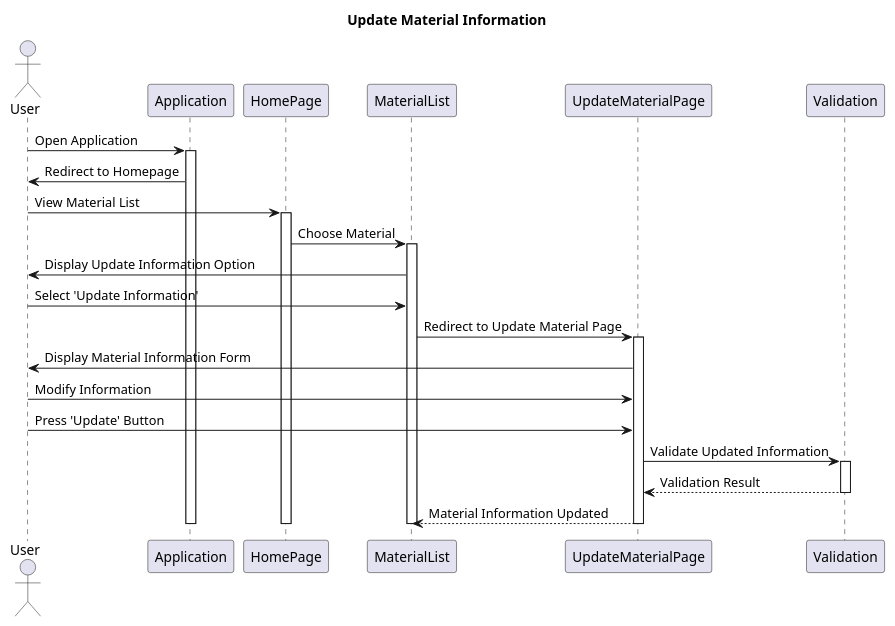
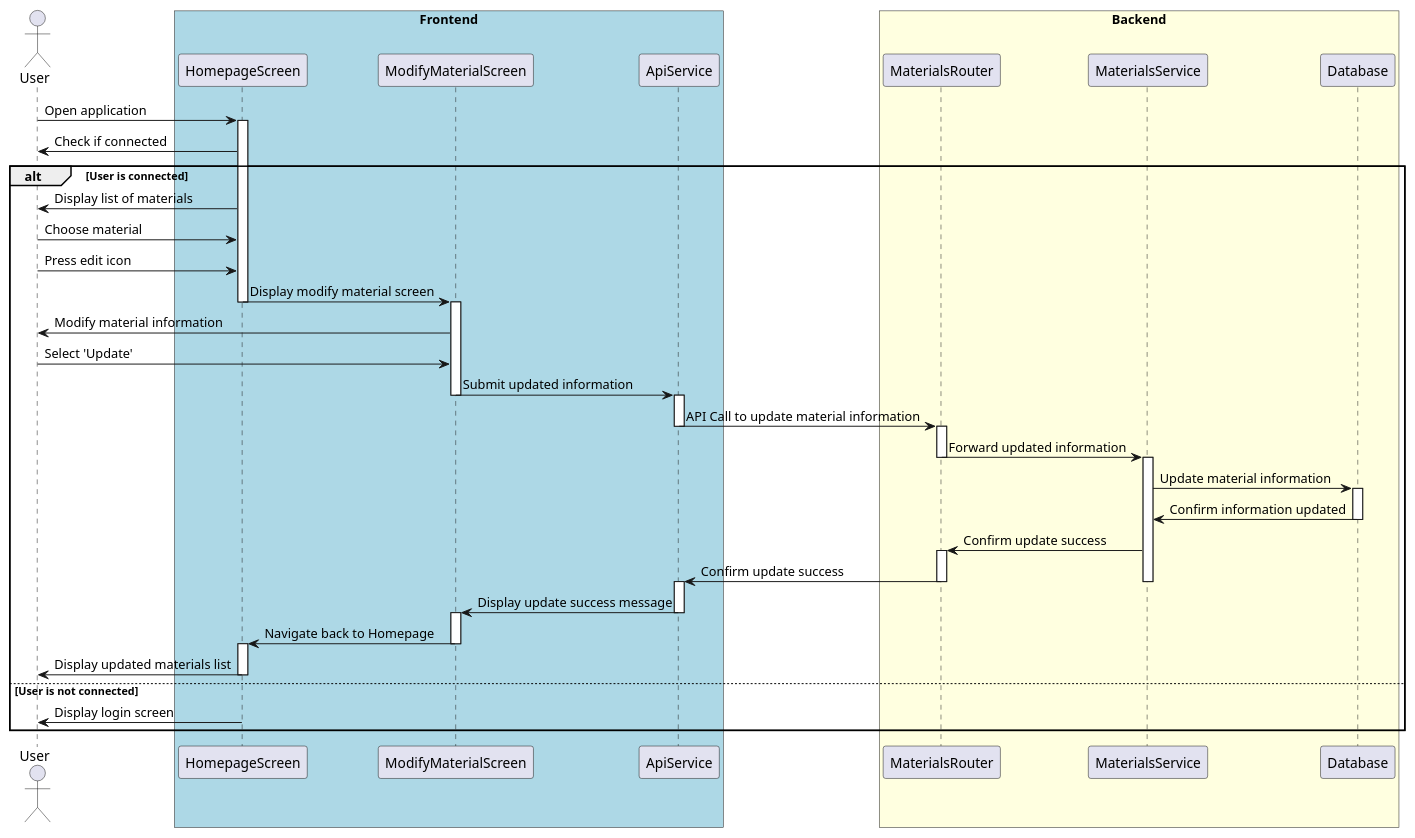
Before and after one commit to LucaciuTabita/Thesis: the diagram in backend/fastApiProject/Diagrams/Sequence Diagram - Update Material Information.puml, drawn with PlantUML. The commit also changed 18 other files, not shown here.

Commit message:
Diagrams updated

```diff
--- a/backend/fastApiProject/Diagrams/Sequence Diagram - Update Material Information.puml
+++ b/backend/fastApiProject/Diagrams/Sequence Diagram - Update Material Information.puml
@@ -1,34 +1,61 @@
 @startuml
-title Update Material Information
 
 actor User
-participant Application
-participant HomePage
-participant MaterialList
-participant UpdateMaterialPage
-participant Validation
 
-User -> Application: Open Application
-activate Application
-Application -> User: Redirect to Homepage
-User -> HomePage: View Material List
-activate HomePage
-HomePage -> MaterialList: Choose Material
-activate MaterialList
-MaterialList -> User: Display Update Information Option
-User -> MaterialList: Select 'Update Information'
-MaterialList -> UpdateMaterialPage: Redirect to Update Material Page
-activate UpdateMaterialPage
-UpdateMaterialPage -> User: Display Material Information Form
-User -> UpdateMaterialPage: Modify Information
-User -> UpdateMaterialPage: Press 'Update' Button
-UpdateMaterialPage -> Validation: Validate Updated Information
-activate Validation
-Validation --> UpdateMaterialPage: Validation Result
-deactivate Validation
-UpdateMaterialPage --> MaterialList: Material Information Updated
-deactivate UpdateMaterialPage
-deactivate MaterialList
-deactivate HomePage
-deactivate Application
+box "Frontend" #LightBlue
+    participant HomepageScreen as HS
+    participant ModifyMaterialScreen as MMS
+    participant ApiService as AS
+end box
+
+box "Backend" #LightYellow
+    participant MaterialsRouter as MR
+    participant MaterialsService as MS
+    participant Database as DB
+end box
+
+User -> HS: Open application
+activate HS
+HS -> User: Check if connected
+alt User is connected
+    HS -> User: Display list of materials
+    User -> HS: Choose material
+    User -> HS: Press edit icon
+    HS -> MMS: Display modify material screen
+    deactivate HS
+    activate MMS
+    MMS -> User: Modify material information
+    User -> MMS: Select 'Update'
+    MMS -> AS: Submit updated information
+    deactivate MMS
+    activate AS
+    AS -> MR: API Call to update material information
+    deactivate AS
+    activate MR
+    MR -> MS: Forward updated information
+    deactivate MR
+    activate MS
+    MS -> DB: Update material information
+    activate DB
+    DB -> MS: Confirm information updated
+    deactivate DB
+    MS -> MR: Confirm update success
+    activate MR
+    MR -> AS: Confirm update success
+    deactivate MS
+    deactivate MR
+    activate AS
+    AS -> MMS: Display update success message
+    deactivate AS
+    activate MMS
+    MMS -> HS: Navigate back to Homepage
+    deactivate MMS
+    activate HS
+    HS -> User: Display updated materials list
+    deactivate HS
+else User is not connected
+    HS -> User: Display login screen
+    deactivate HS
+end
+
 @enduml
```
